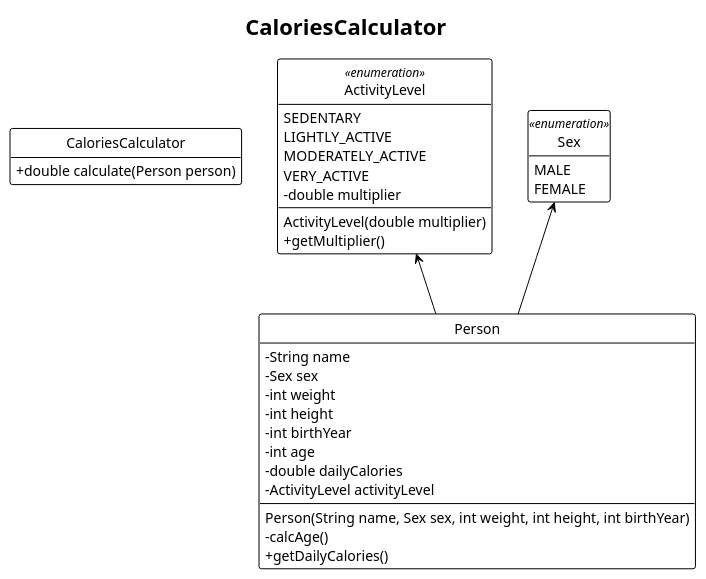
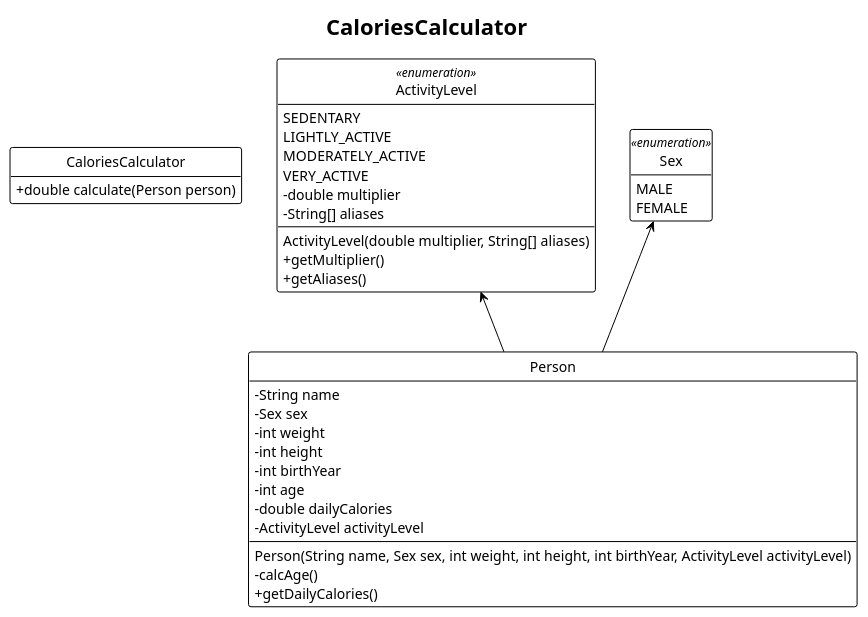
Before and after one commit to larsb-dev/caloriescalculator: the diagram in docs/CaloriesCalculator.puml, drawn with PlantUML. The commit also changed 3 other files, not shown here.

```diff
--- a/docs/CaloriesCalculator.puml
+++ b/docs/CaloriesCalculator.puml
@@ -1,46 +1,49 @@
 @startuml
 !theme plain
 hide circle
 hide empty attributes
 hide empty methods
 skinparam classAttributeIconSize 0
 top to bottom direction
+'scale 2
 
 title CaloriesCalculator
 
 class CaloriesCalculator {
     + double calculate(Person person)
 }
 
 class Person {
     - String name
     - Sex sex
     - int weight
     - int height
     - int birthYear
     - int age
     - double dailyCalories
     - ActivityLevel activityLevel
-    Person(String name, Sex sex, int weight, int height, int birthYear)
+    Person(String name, Sex sex, int weight, int height, int birthYear, ActivityLevel activityLevel)
     - calcAge()
     + getDailyCalories()
 }
 
 enum ActivityLevel <<enumeration>> {
     SEDENTARY
     LIGHTLY_ACTIVE
     MODERATELY_ACTIVE
     VERY_ACTIVE
     - double multiplier
-    ActivityLevel(double multiplier)
+    - String[] aliases
+    ActivityLevel(double multiplier, String[] aliases)
     + getMultiplier()
+    + getAliases()
 }
 
 enum Sex <<enumeration>> {
     MALE
     FEMALE
 }
 
 ActivityLevel <-- Person
 Sex <-- Person
 @enduml
```
